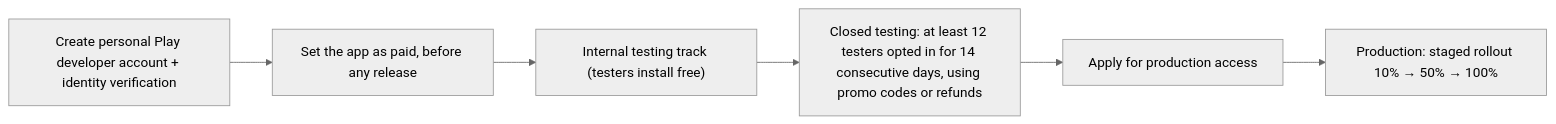
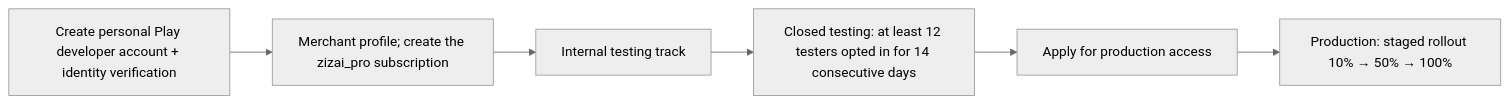
The seventh of 7 diagrams in docs/ARCHITECTURE.md (zizaiAndroid/zizai), drawn with Mermaid (neutral theme) before and after one commit. The commit also changed other lines of this file and 1 other file, not shown here.

First line of the commit message:
Docs: free app with a Zizai Pro subscription (decision 11, ADR-9)

````diff
--- a/docs/ARCHITECTURE.md
+++ b/docs/ARCHITECTURE.md
@@ -1214,8 +1349,8 @@
 ```mermaid
 flowchart LR
-  A["Create personal Play developer account + identity verification"] --> P["Set the app as paid, before any release"]
-  P --> B["Internal testing track (testers install free)"]
-  B --> C["Closed testing: at least 12 testers opted in for 14 consecutive days, using promo codes or refunds"]
+  A["Create personal Play developer account + identity verification"] --> P["Merchant profile; create the zizai_pro subscription"]
+  P --> B["Internal testing track"]
+  B --> C["Closed testing: at least 12 testers opted in for 14 consecutive days"]
   C --> D["Apply for production access"]
   D --> E["Production: staged rollout 10% → 50% → 100%"]
 ```
````
